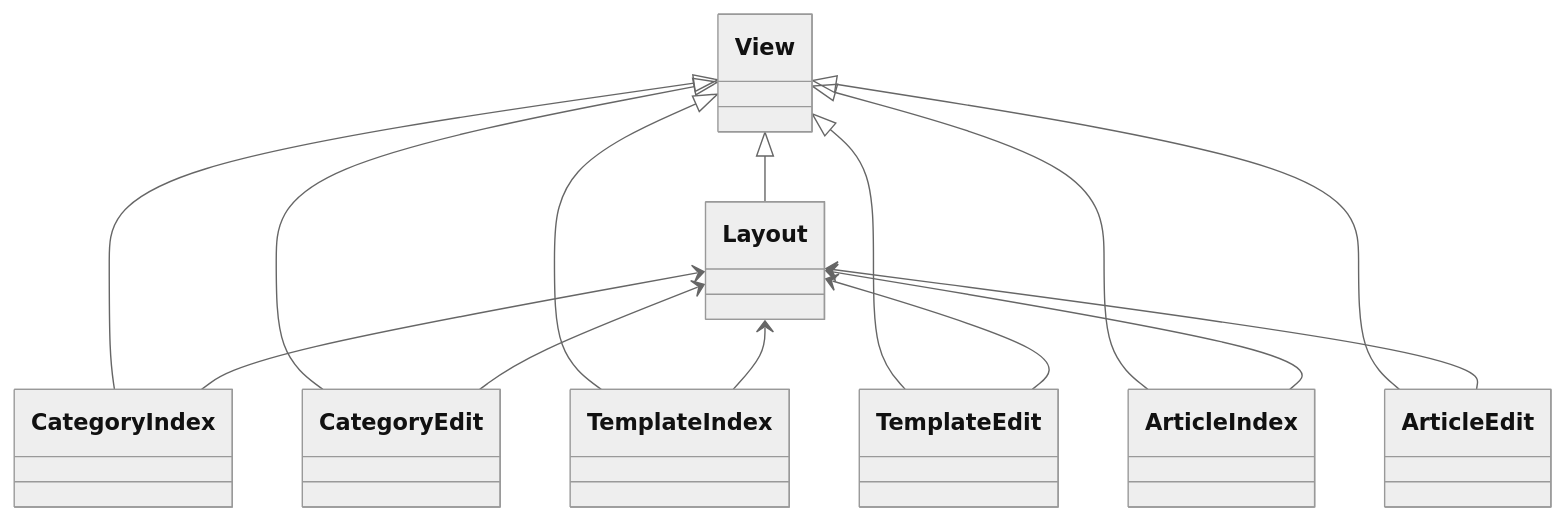
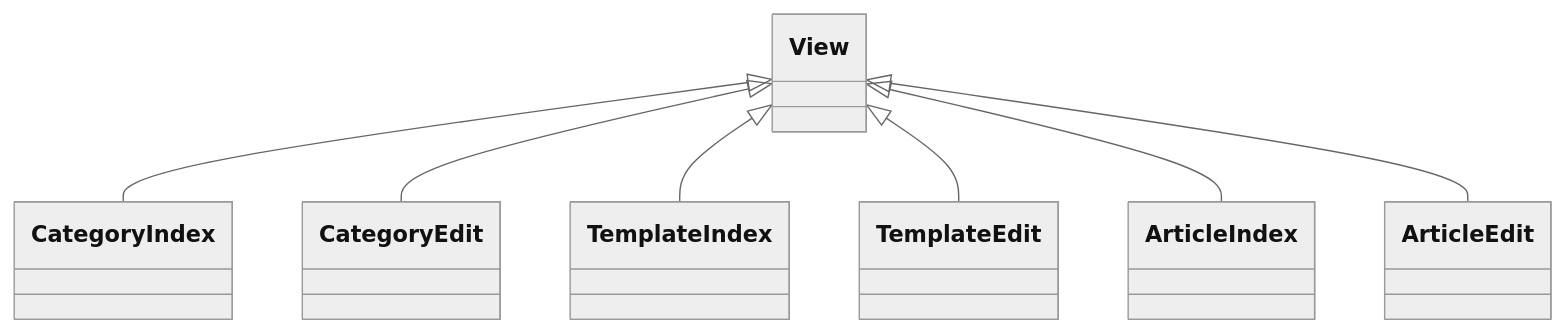
One commit to MichinobuMaeda/squirrelwheel changed the sixth of 8 diagrams in README.md. Above: the diagram before and after it, drawn with Mermaid (neutral theme). The commit also changed other lines of this file, not shown here.

````diff
--- a/README.md
+++ b/README.md
@@ -132,16 +151,9 @@
 ```mermaid
 classDiagram
-View <|-- Layout
 View <|-- CategoryIndex
 View <|-- CategoryEdit
 View <|-- TemplateIndex
 View <|-- TemplateEdit
 View <|-- ArticleIndex
 View <|-- ArticleEdit
-Layout <-- CategoryIndex
-Layout <-- CategoryEdit
-Layout <-- TemplateIndex
-Layout <-- TemplateEdit
-Layout <-- ArticleIndex
-Layout <-- ArticleEdit
 ```
````
